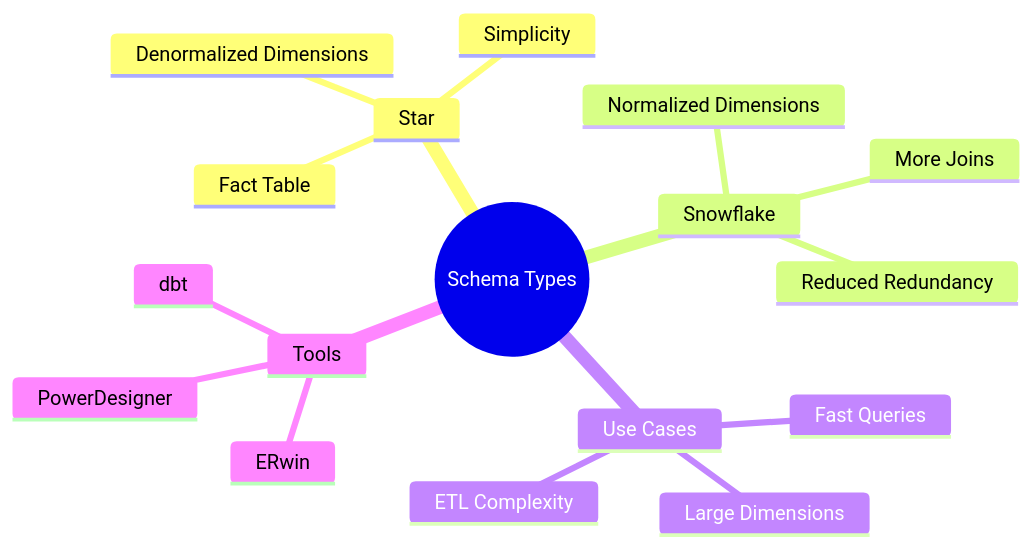
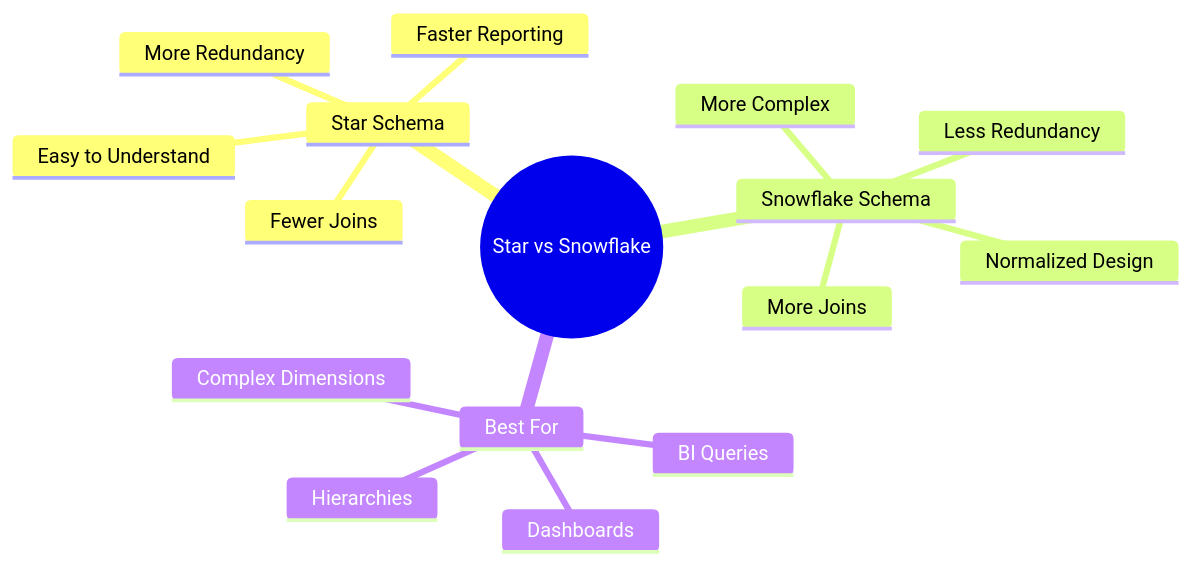
The third of 3 diagrams in star-snowflake.md (tinitiateprime/tinitiate-data-engineering), drawn with Mermaid before and after one commit. The commit also changed other lines of this file and 1 other file, not shown here.

````diff
--- a/star-snowflake.md
+++ b/star-snowflake.md
@@ -40,20 +209,19 @@
 ```mermaid
 mindmap
-  root((Schema Types))
-    Star
-      Fact Table
-      Denormalized Dimensions
-      Simplicity
-    Snowflake
-      Normalized Dimensions
-      Reduced Redundancy
+  root((Star vs Snowflake))
+    Star Schema
+      Easy to Understand
+      Fewer Joins
+      Faster Reporting
+      More Redundancy
+    Snowflake Schema
+      Normalized Design
+      Less Redundancy
       More Joins
-    Use Cases
-      Fast Queries
-      Large Dimensions
-      ETL Complexity
-    Tools
-      ERwin
-      PowerDesigner
-      dbt
+      More Complex
+    Best For
+      Dashboards
+      BI Queries
+      Complex Dimensions
+      Hierarchies
 ``` 
````
